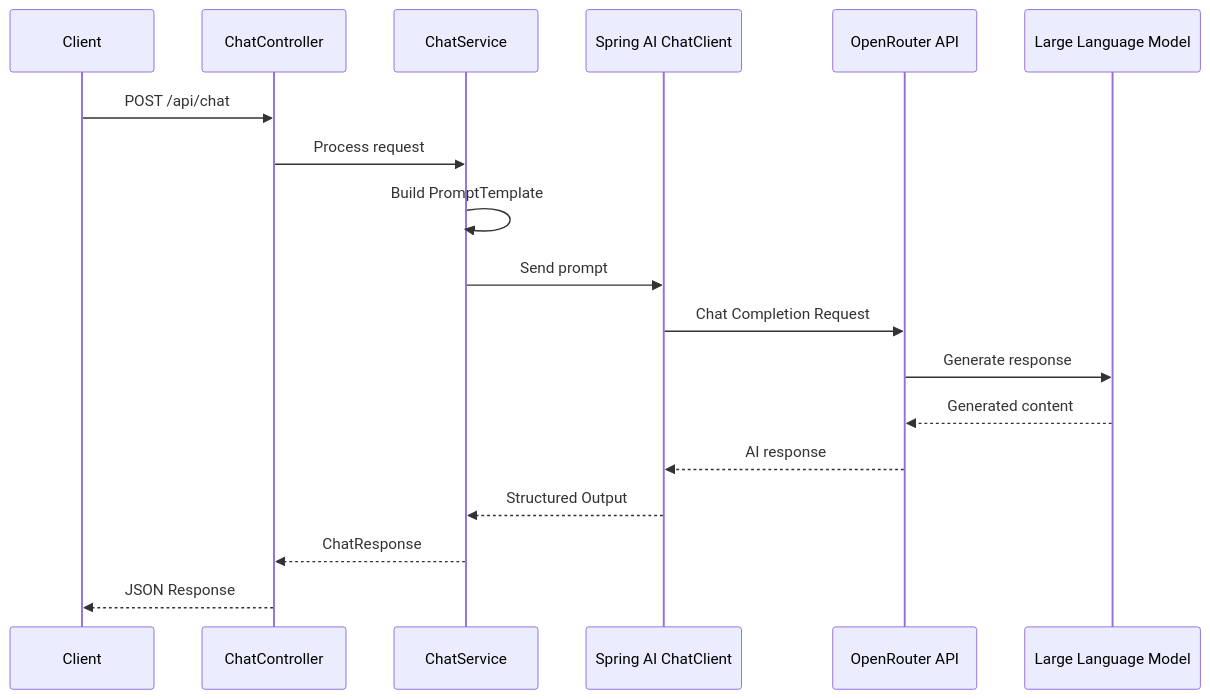
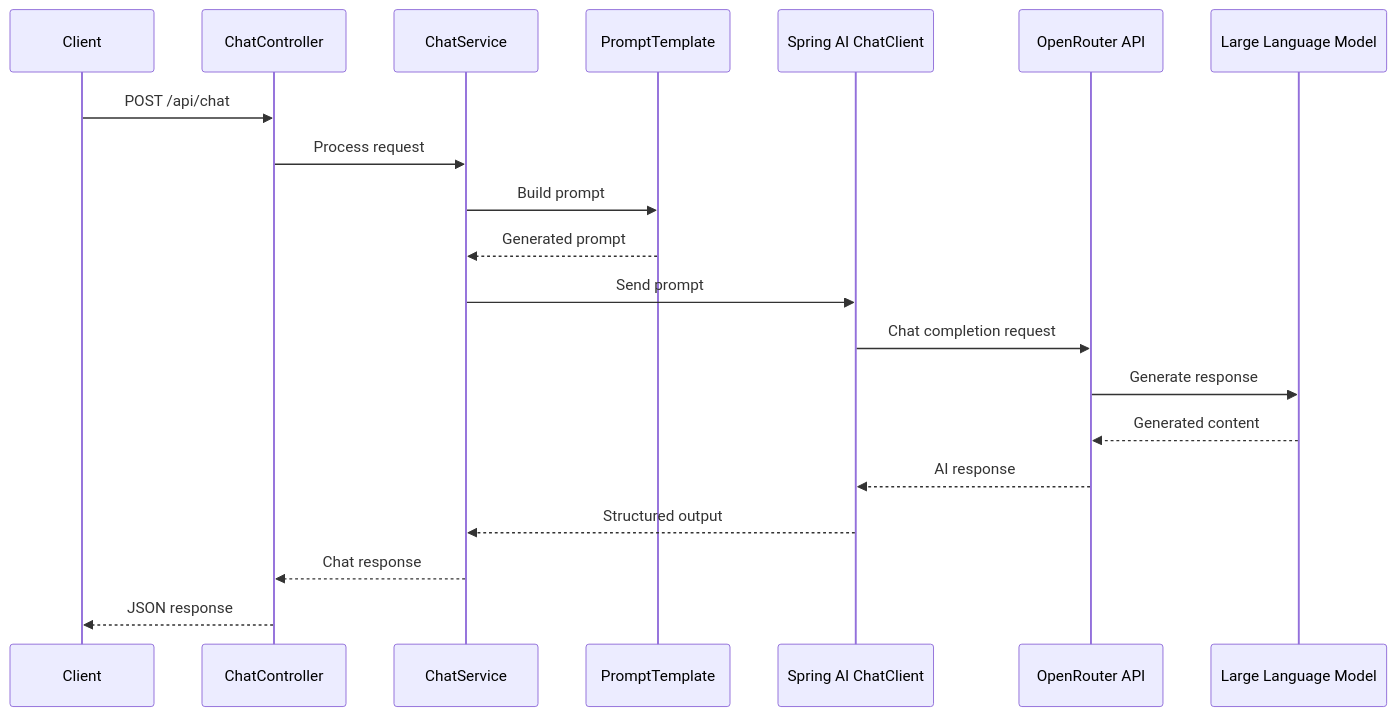
One commit to Evgen242/spring-ai-chat changed the fifth of 5 diagrams in README.md. Above: the diagram before and after it, drawn with Mermaid. The commit also changed other lines of this file and 15 other files, not shown here.

````diff
--- a/README.md
+++ b/README.md
@@ -290,32 +644,23 @@
 ```mermaid
 sequenceDiagram
-
     participant Client
     participant Controller as ChatController
     participant Service as ChatService
+    participant Prompt as PromptTemplate
     participant AI as Spring AI ChatClient
     participant API as OpenRouter API
     participant LLM as Large Language Model
 
     Client->>Controller: POST /api/chat
-
     Controller->>Service: Process request
-
-    Service->>Service: Build PromptTemplate
-
+    Service->>Prompt: Build prompt
+    Prompt-->>Service: Generated prompt
     Service->>AI: Send prompt
-
-    AI->>API: Chat Completion Request
-
+    AI->>API: Chat completion request
     API->>LLM: Generate response
-
     LLM-->>API: Generated content
-
     API-->>AI: AI response
-
-    AI-->>Service: Structured Output
-
-    Service-->>Controller: ChatResponse
-
-    Controller-->>Client: JSON Response
+    AI-->>Service: Structured output
+    Service-->>Controller: Chat response
+    Controller-->>Client: JSON response
 ```
````
